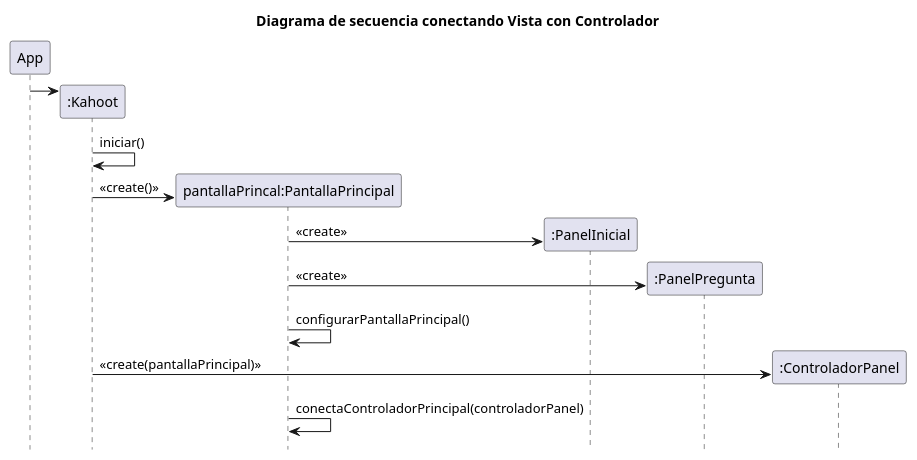
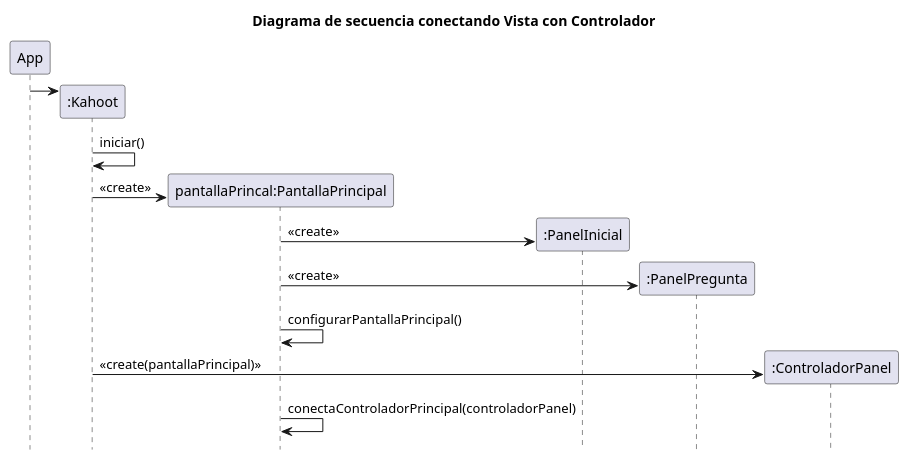
One commit to gylopezgiles/TP2 changed the diagram in doc/Diagramas/Diagramas_Clase/MVC/MVC.wsd. Above: the diagram before and after it, drawn with PlantUML. The commit also changed 4 other files, not shown here.

First line of the commit message:
Diagrama de clase del modelo MVC

```diff
--- a/doc/Diagramas/Diagramas_Clase/MVC/MVC.wsd
+++ b/doc/Diagramas/Diagramas_Clase/MVC/MVC.wsd
@@ -1,31 +1,31 @@
 @startuml
 title Diagrama de secuencia conectando Vista con Controlador
 hide footbox
 
 create App
 create ":Kahoot" as Kahoot
 App -> Kahoot
 
 Kahoot -> Kahoot: iniciar()
 
 
 create "pantallaPrincal:PantallaPrincipal" as PantallaPrincipal
-Kahoot -> PantallaPrincipal: <<create()>>
+Kahoot -> PantallaPrincipal: <<create>>
 
 create ":PanelInicial" as PanelInicial
 PantallaPrincipal -> PanelInicial: <<create>>
 
 create ":PanelPregunta" as PanelPregunta
 PantallaPrincipal -> PanelPregunta: <<create>>
 
 
 PantallaPrincipal -> PantallaPrincipal: configurarPantallaPrincipal()
 
 create ":ControladorPanel" as ControladorPanel
 Kahoot -> ControladorPanel: << create(pantallaPrincipal) >>
 
 PantallaPrincipal -> PantallaPrincipal: conectaControladorPrincipal(controladorPanel)
 
 
 
 @enduml
```
